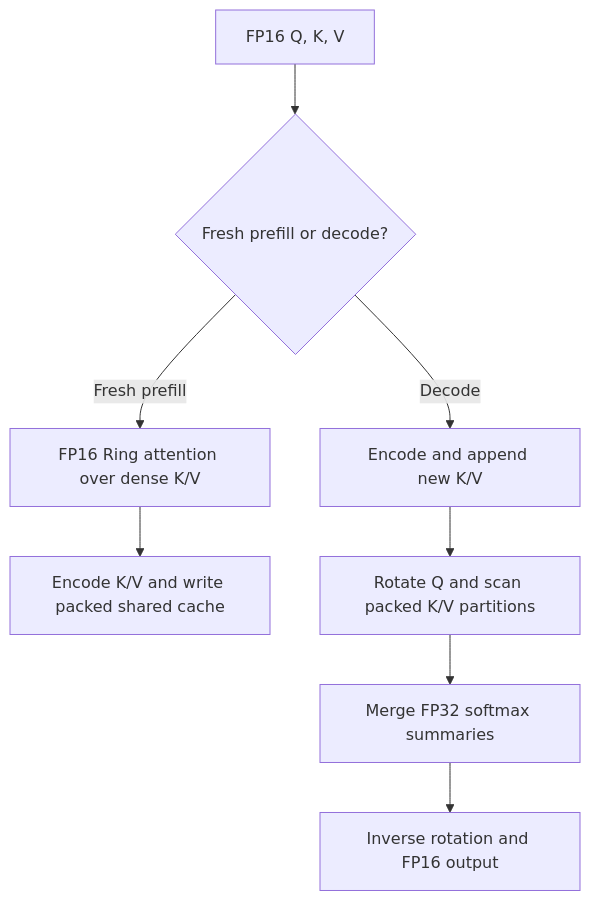
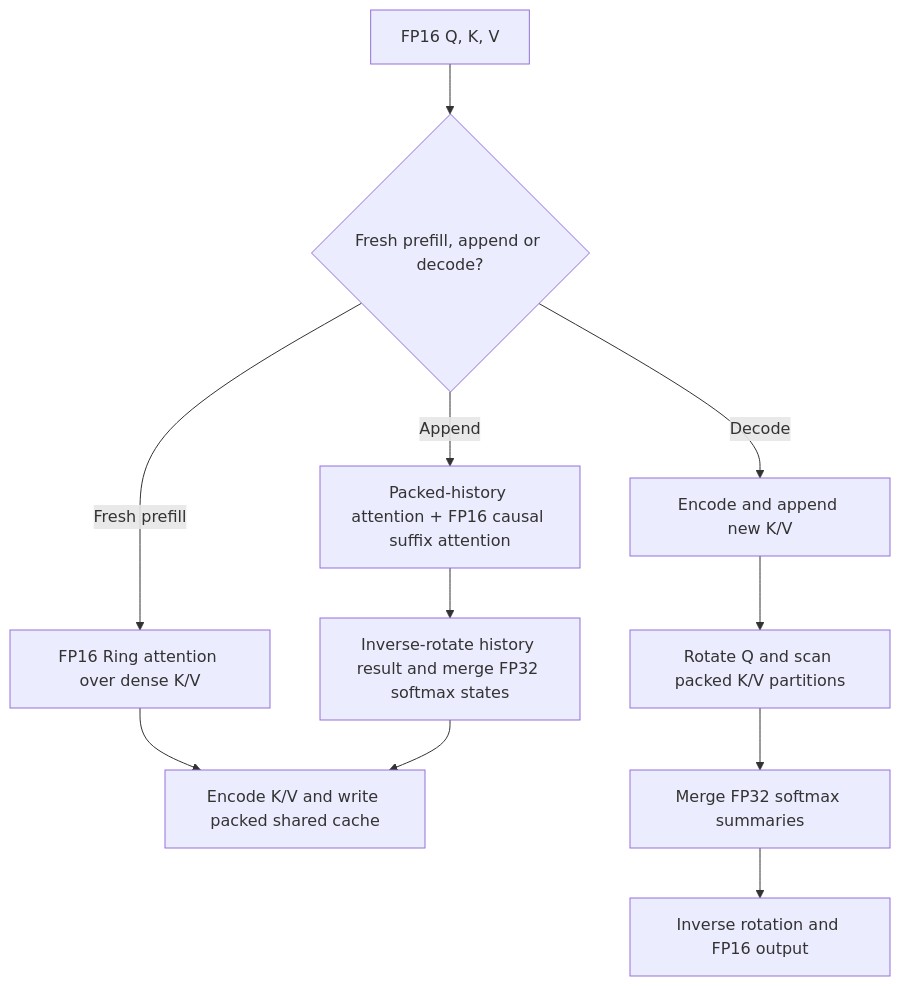
Before and after one commit to ROCm/hip-ep: the diagram in docs/design/turboquant-kv-cache.md, drawn with Mermaid. The commit also changed other lines of this file and 11 other files, not shown here.

First line of the commit message:
Support append prefill with compressed TurboQuant history

````diff
--- a/docs/design/turboquant-kv-cache.md
+++ b/docs/design/turboquant-kv-cache.md
@@ -17,10 +18,13 @@
 ```mermaid
 flowchart TD
-    A[FP16 Q, K, V] --> B{Fresh prefill or decode?}
+    A[FP16 Q, K, V] --> B{Fresh prefill, append or decode?}
     B -->|Fresh prefill| C[FP16 Ring attention over dense K/V]
     C --> D[Encode K/V and write packed shared cache]
+    B -->|Append| I[Packed-history attention + FP16 causal suffix attention]
+    I --> J[Inverse-rotate history result and merge FP32 softmax states]
+    J --> D
     B -->|Decode| E[Encode and append new K/V]
     E --> F[Rotate Q and scan packed K/V partitions]
     F --> G[Merge FP32 softmax summaries]
     G --> H[Inverse rotation and FP16 output]
 ```
````
